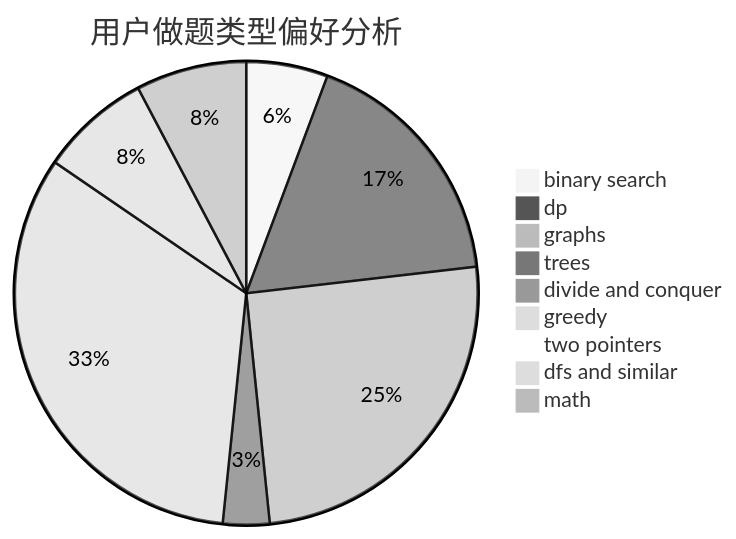
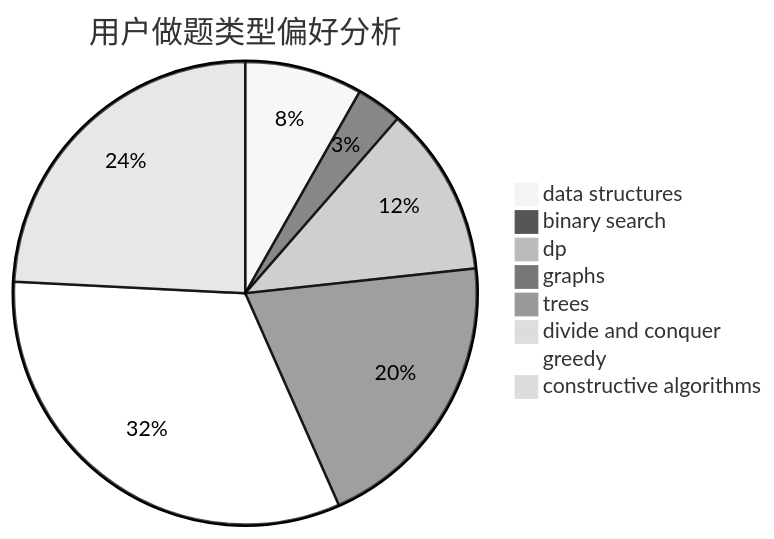
The second of 3 diagrams in docs/user/u736.md (sherpahu/cfrs.github.io), drawn with Mermaid (neutral theme) before and after one commit. The commit also changed other lines of this file and 2775 other files, not shown here.

````diff
--- a/docs/user/u736.md
+++ b/docs/user/u736.md
@@ -23,12 +23,11 @@
 ```mermaid
 pie title 用户做题类型偏好分析
-    "binary search" :  14
-    "dp" :  43
-    "graphs" :  62
-    "trees" :  8
-    "divide and conquer" :  1
-    "greedy" :  81
-    "two pointers" :  1
-    "dfs and similar" :  19
-    "math" :  19
+    "data structures" :  18
+    "binary search" :  7
+    "dp" :  26
+    "graphs" :  44
+    "trees" :  0
+    "divide and conquer" :  0
+    "greedy" :  71
+    "constructive algorithms" :  53
 ```
````
